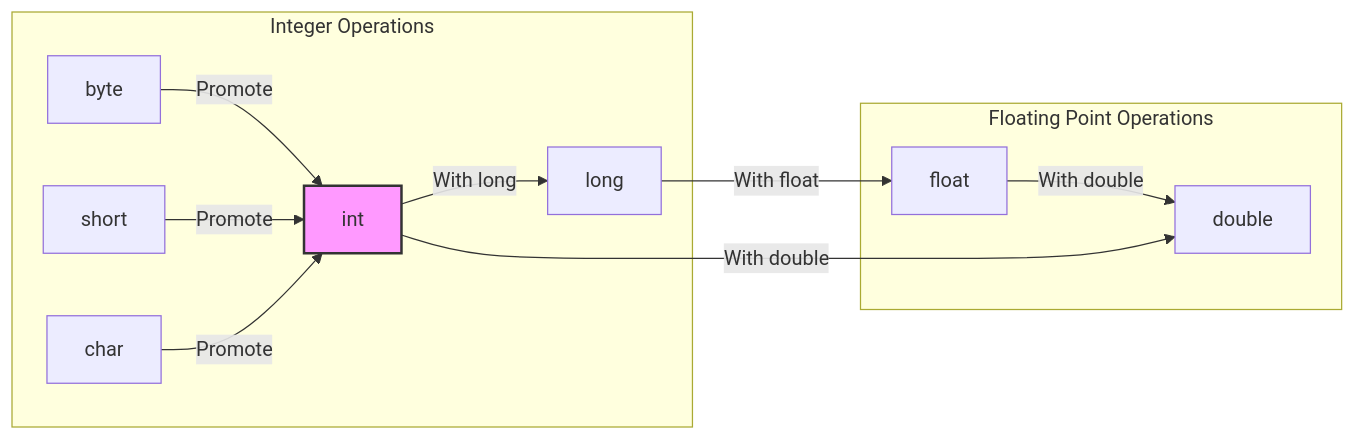
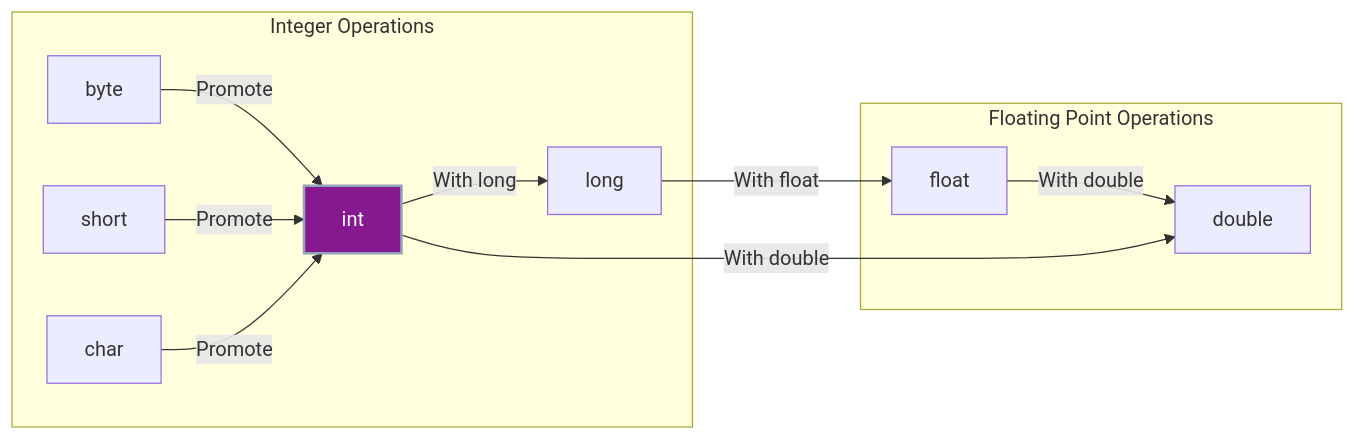
Before and after one commit to Kang-Hyesung/kang-hyesung.github.io: the second of 2 diagrams in _posts/java/01-basic-syntax/2025-11-16-Java-산술-연산의-임시-결과-&-타입-프로모션(type-promotion).md, drawn with Mermaid. The commit also changed 74 other files, not shown here.

Commit message:
docs: update post visibility and mermaid colors

````diff
--- a/_posts/java/01-basic-syntax/2025-11-16-Java-산술-연산의-임시-결과-&-타입-프로모션(type-promotion).md
+++ b/_posts/java/01-basic-syntax/2025-11-16-Java-산술-연산의-임시-결과-&-타입-프로모션(type-promotion).md
@@ -78,18 +78,18 @@
 ```mermaid
 graph LR
     subgraph Integer Operations
     B[byte] -->|Promote| I[int]
     S[short] -->|Promote| I
     C[char] -->|Promote| I
     I -->|With long| L[long]
     end
     
     subgraph Floating Point Operations
     L -->|With float| F[float]
     F -->|With double| D[double]
     I -->|With double| D
     end
     
-    style I fill:#f9f,stroke:#333,stroke-width:2px
+    style I fill:#86198f,stroke:#94a3b8,stroke-width:2px,color:#f8fafc
 
 ```
````
